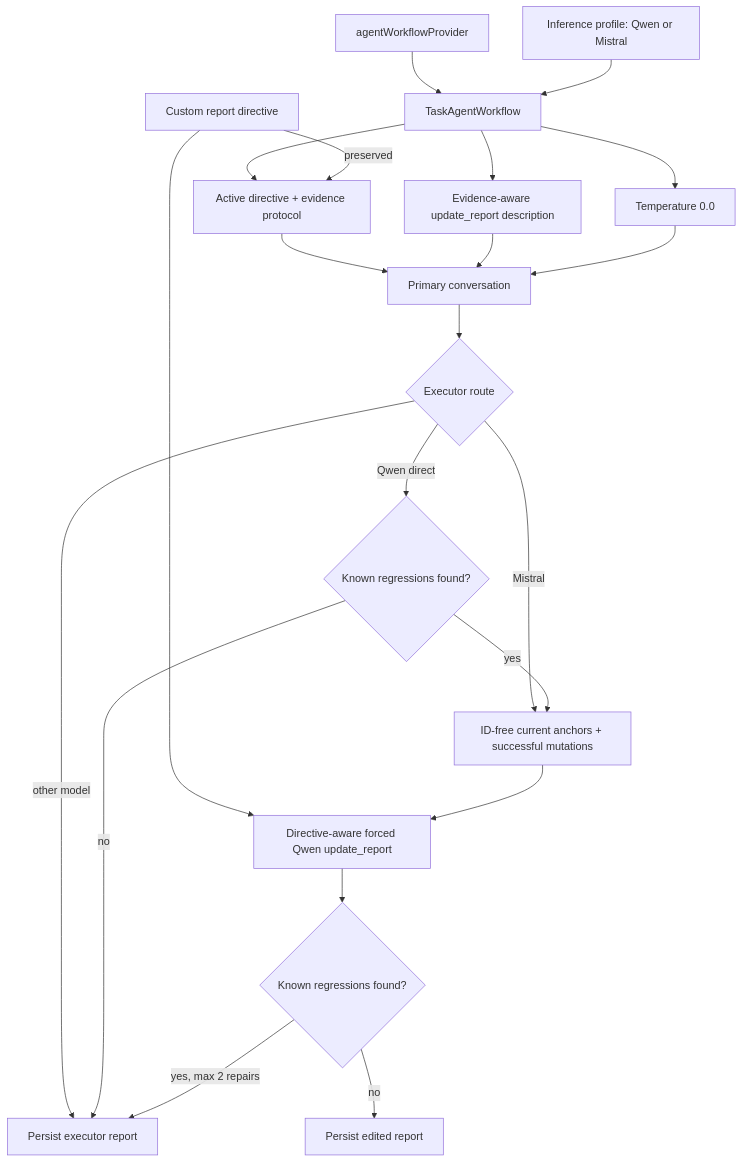
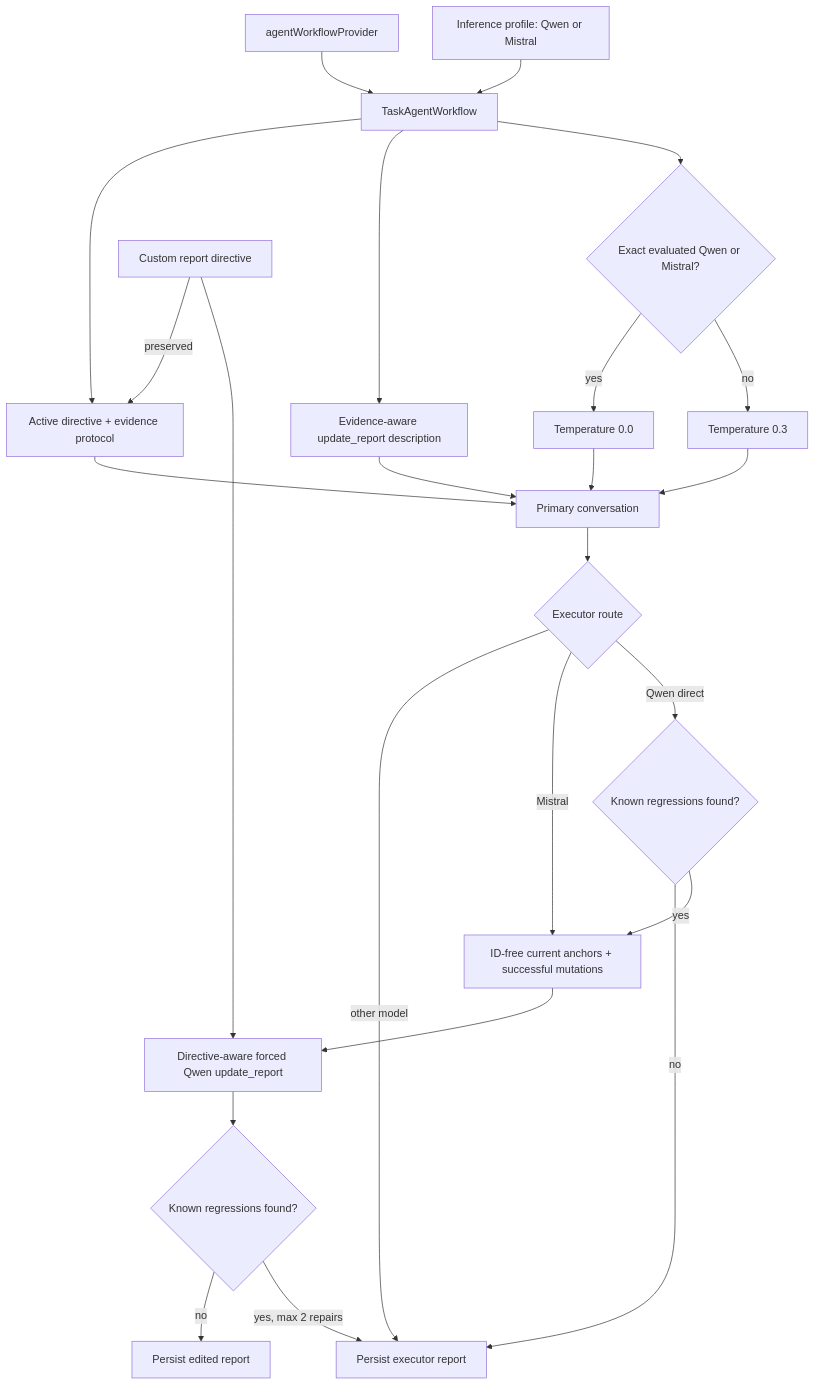
Before and after one commit to matthiasn/lotti: diagram 13 of 23 in lib/features/agents/README.md, drawn with Mermaid. The commit also changed 16 other files, not shown here.

````diff
--- a/lib/features/agents/README.md
+++ b/lib/features/agents/README.md
@@ -1090,23 +1090,26 @@
 ```mermaid
 flowchart TD
   Provider["agentWorkflowProvider"] --> Workflow["TaskAgentWorkflow"]
   Profile["Inference profile: Qwen or Mistral"] --> Workflow
   Workflow --> Prompt["Active directive + evidence protocol"]
   Workflow --> Tools["Evidence-aware update_report description"]
-  Workflow --> Sampling["Temperature 0.0"]
+  Workflow --> Sampling{"Exact evaluated Qwen or Mistral?"}
+  Sampling -->|yes| Zero["Temperature 0.0"]
+  Sampling -->|no| Default["Temperature 0.3"]
   Custom["Custom report directive"] -->|preserved| Prompt
   Prompt --> Executor["Primary conversation"]
   Tools --> Executor
-  Sampling --> Executor
+  Zero --> Executor
+  Default --> Executor
   Executor --> Route{"Executor route"}
   Route -->|other model| Persist["Persist executor report"]
   Route -->|Mistral| Facts["ID-free current anchors + successful mutations"]
   Route -->|Qwen direct| DirectValidate{"Known regressions found?"}
   DirectValidate -->|no| Persist
   DirectValidate -->|yes| Facts
   Custom --> Editor
   Facts --> Editor["Directive-aware forced Qwen update_report"]
   Editor --> Validate{"Known regressions found?"}
   Validate -->|no| PersistEdited["Persist edited report"]
   Validate -->|yes, max 2 repairs| Persist
 ```
````
